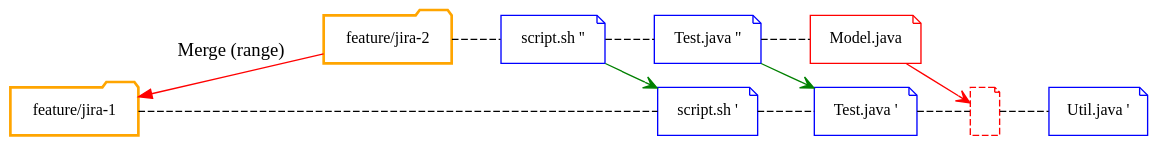
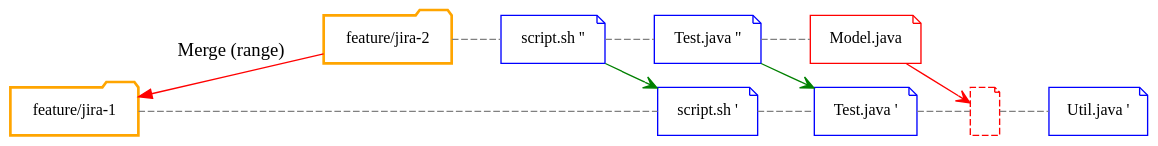
The diagram in slides/intro/src/docs/asciidoc/graphviz/svn-merge.dot (Gepardec/git-training), drawn with Graphviz before and after one commit. The commit also changed 8 other files, not shown here.

Commit message:
- Some changes on graphs - Added section about git commit, branch, tags (labels in common)

```diff
--- a/slides/intro/src/docs/asciidoc/graphviz/svn-merge.dot
+++ b/slides/intro/src/docs/asciidoc/graphviz/svn-merge.dot
@@ -1,39 +1,37 @@
 digraph svn_merge {
     rankdir="LR";
     bgcolor="transparent";
 
     node[width=0.3, shape=folder,fontsize=12.0,color=orange];
     "feature_1"[label="feature/jira-1",group="feature_1",style="bold"];
     "feature_2"[label="feature/jira-2",group="feature_2",style="bold"];
 
     node[ shape=note,fontsize=12.0];
     "file__1"[label="script.sh '",group="feature_1",color="blue"]
     "file__2"[label="Test.java '",group="feature_1",color="blue"]
     "file__3"[label="",group="feature_1",style="dashed",color="red"]
     "file__4"[label="Util.java '",group="feature_1",color="blue"]
     "file___1"[label="script.sh ''",group="feature_2",color="blue"]
     "file___2"[label="Test.java ''",group="feature_2",color="blue"]
     "file___3"[label="Model.java",group="feature_2",color="red"]
 
     edge[arrowhead=open,dir="back"];
     "feature_1" -> "feature_2"[label="Merge (range)",color="red"];
 
-    edge[arrowhead=none,dir="forward",style=dashed];
+    edge[arrowhead=none,dir="forward",style=dashed,color=gray];
     "feature_1" -> "file__1";
     "feature_2" -> "file___1";
-
-    edge[arrowhead=none,dir="forward",style=dashed];
     "file__1" -> "file__2";
     "file__2" -> "file__3";
     "file__3" -> "file__4";
     "file___1" -> "file___2";
     "file___2" -> "file___3";
 
     edge[arrowhead=open,style="",color="green"];
     "file___1" -> "file__1"
     "file___2" -> "file__2"
 
     edge[arrowhead=open,style="",color="red"];
     "file___3" -> "file__3"
 
 }
```
